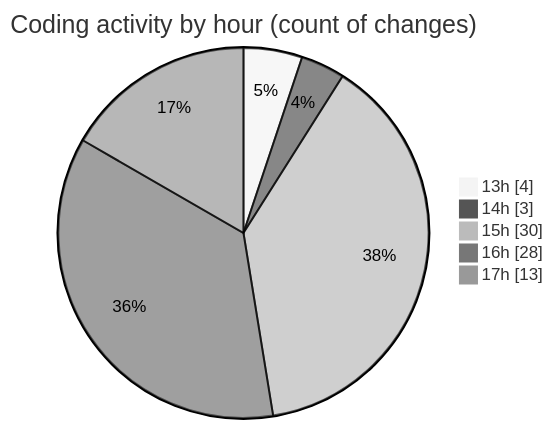
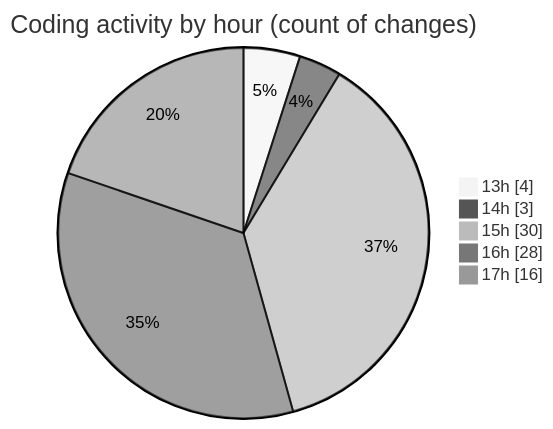
Before and after one commit to EIIisD/code-tracking: the second of 2 diagrams in 2025-08-11/ribbon/README.md, drawn with Mermaid (neutral theme). The commit also changed other lines of this file and 1 other file, not shown here.

````diff
--- a/2025-08-11/ribbon/README.md
+++ b/2025-08-11/ribbon/README.md
@@ -50,9 +50,9 @@
 ```mermaid
 pie showData
 title Coding activity by hour (count of changes)
 "13h" : 4
 "14h" : 3
 "15h" : 30
 "16h" : 28
-"17h" : 13
+"17h" : 16
 ```
````
